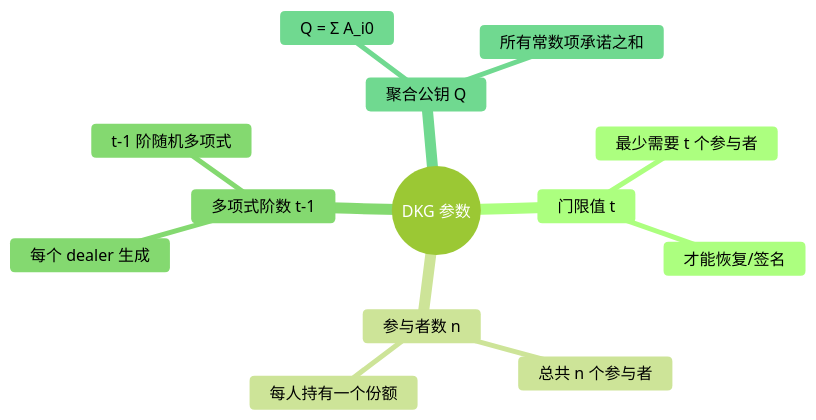
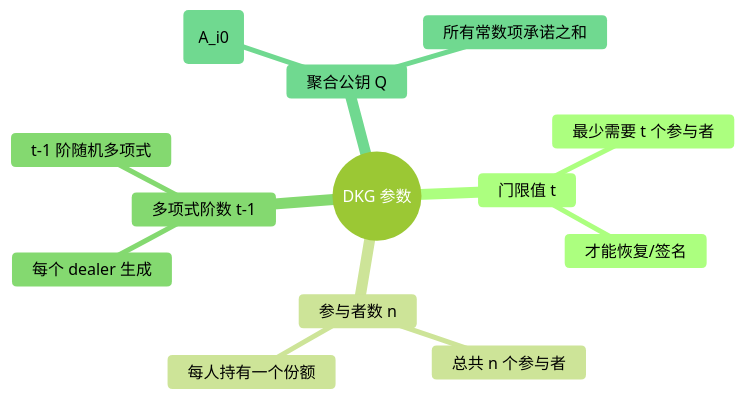
Before and after one commit to davidLeeeeeeeeeeee/dex: the second of 7 diagrams in frost/dkg.md, drawn with Mermaid (forest theme). The commit also changed other lines of this file, not shown here.

````diff
--- a/frost/dkg.md
+++ b/frost/dkg.md
@@ -22,16 +22,16 @@
 ```mermaid
 mindmap
   root((DKG 参数))
     门限值 t
       最少需要 t 个参与者
       才能恢复/签名
     参与者数 n
       总共 n 个参与者
       每人持有一个份额
     多项式阶数 t-1
       每个 dealer 生成
       t-1 阶随机多项式
     聚合公钥 Q
-      Q = Σ A_i0
+      Q = sum(A_i0)
       所有常数项承诺之和
 ```
````
